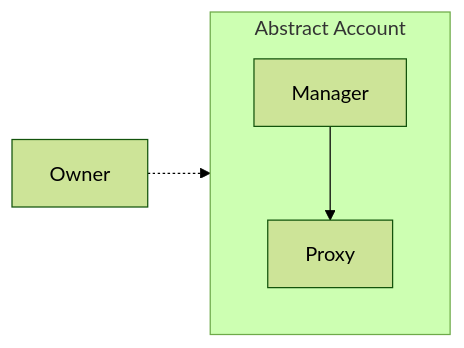
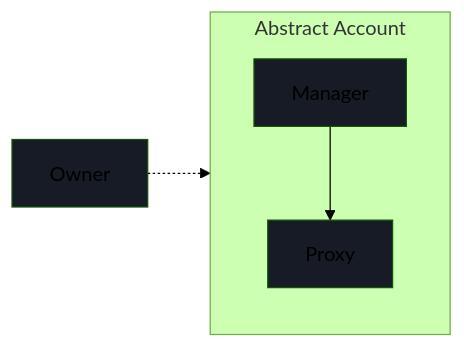
The first of 2 diagrams in framework/docs/src/3_framework/4_architecture.md (AbstractSDK/abstract), drawn with Mermaid (forest theme) before and after one commit. The commit also changed other lines of this file and 31 other files, not shown here.

````diff
--- a/framework/docs/src/3_framework/4_architecture.md
+++ b/framework/docs/src/3_framework/4_architecture.md
@@ -11,9 +16,13 @@
 ```mermaid
 flowchart LR
-    subgraph Abstr[Abstract Account]
-        direction TB
-        Manager-->Proxy
-    end
+  subgraph Abstr[Abstract Account]
+    direction TB
+    Manager --> Proxy
+  end
 
-    Owner -.-> Manager
+  Owner -.-> Manager
+
+  style Owner fill: #161b25
+  style Manager fill: #161b25
+  style Proxy fill: #161b25
 ```
````
